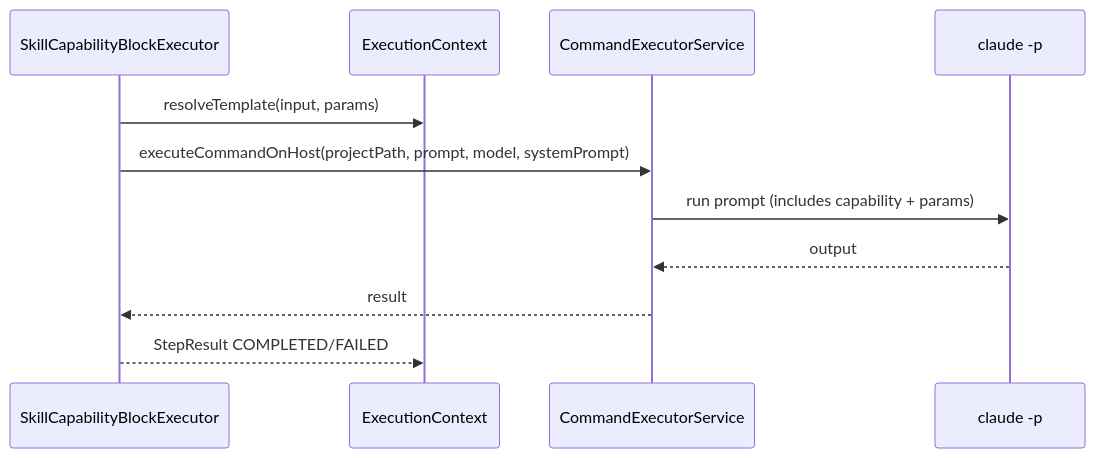
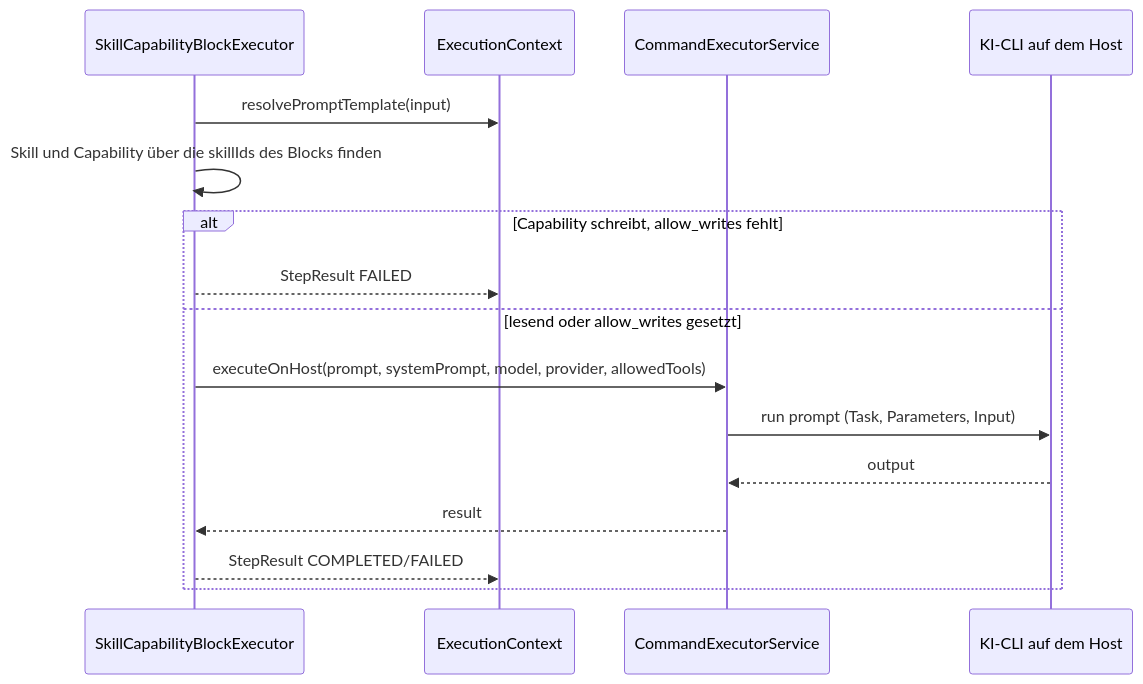
The third of 3 diagrams in docs/skills-diagrams.md (FLSEST/MySuricates), drawn with Mermaid before and after one commit. The commit also changed other lines of this file and 5 other files, not shown here.

First line of the commit message:
docs(diagramme): Skills page follows gateway, context file and write protection of the capabilities

````diff
--- a/docs/skills-diagrams.md
+++ b/docs/skills-diagrams.md
@@ -35,14 +45,19 @@
 ```mermaid
 sequenceDiagram
     participant BE as SkillCapabilityBlockExecutor
     participant CTX as ExecutionContext
     participant CES as CommandExecutorService
-    participant CLI as claude -p
+    participant CLI as KI-CLI auf dem Host
 
-    BE->>CTX: resolveTemplate(input, params)
-    BE->>CES: executeCommandOnHost(projectPath, prompt, model, systemPrompt)
-    CES->>CLI: run prompt (includes capability + params)
-    CLI-->>CES: output
-    CES-->>BE: result
-    BE-->>CTX: StepResult COMPLETED/FAILED
+    BE->>CTX: resolvePromptTemplate(input)
+    BE->>BE: Skill und Capability über die skillIds des Blocks finden
+    alt Capability schreibt, allow_writes fehlt
+        BE-->>CTX: StepResult FAILED
+    else lesend oder allow_writes gesetzt
+        BE->>CES: executeOnHost(prompt, systemPrompt, model, provider, allowedTools)
+        CES->>CLI: run prompt (Task, Parameters, Input)
+        CLI-->>CES: output
+        CES-->>BE: result
+        BE-->>CTX: StepResult COMPLETED/FAILED
+    end
 ```
````
